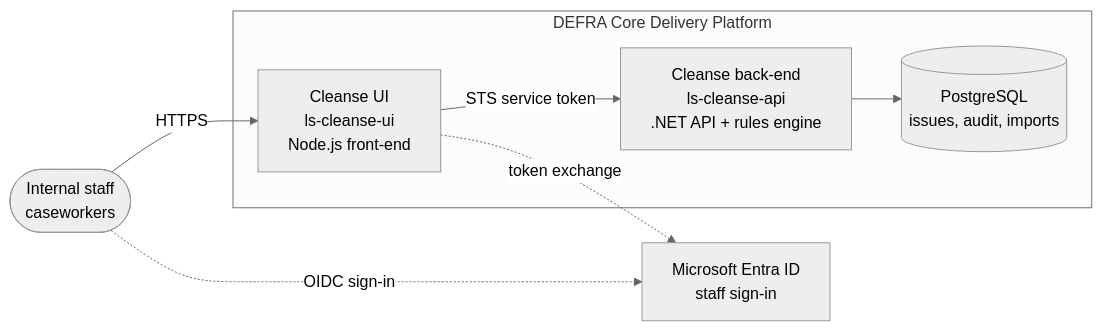
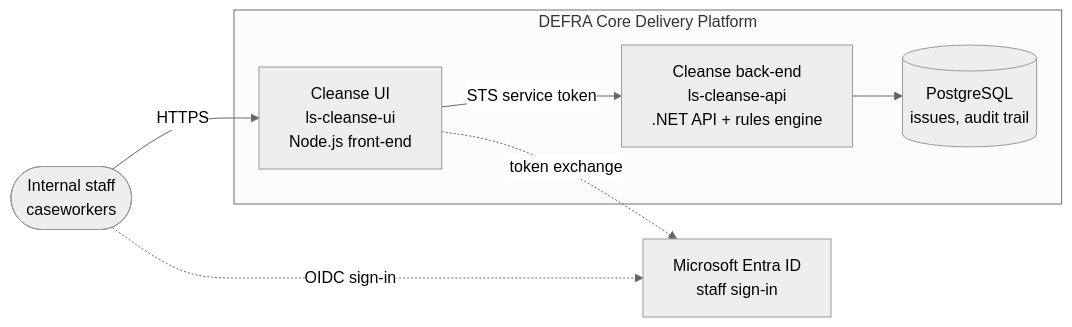
The diagram in ARCHITECTURE.md (DEFRA/ls-cleanse-ui), drawn with Mermaid (neutral theme) before and after one commit. The commit also changed other lines of this file and 2 other files, not shown here.

````diff
--- a/ARCHITECTURE.md
+++ b/ARCHITECTURE.md
@@ -11,17 +11,17 @@
 ```mermaid
 flowchart LR
     staff(["Internal staff<br/>caseworkers"])
     entra["Microsoft Entra ID<br/>staff sign-in"]
 
     subgraph cdp["DEFRA Core Delivery Platform"]
         ui["Cleanse UI<br/>ls-cleanse-ui<br/>Node.js front-end"]
         api["Cleanse back-end<br/>ls-cleanse-api<br/>.NET API + rules engine"]
-        pg[("PostgreSQL<br/>issues, audit, imports")]
+        pg[("PostgreSQL<br/>issues, audit trail")]
     end
 
     staff -->|HTTPS| ui
     staff -. "OIDC sign-in" .-> entra
     ui -. "token exchange" .-> entra
     ui -->|"STS service token"| api
     api --> pg
 ```
````
